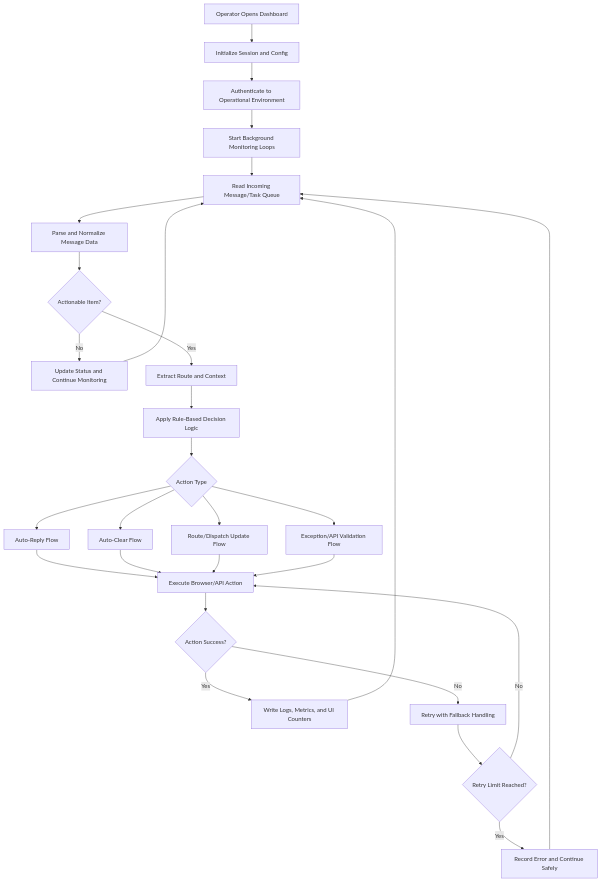
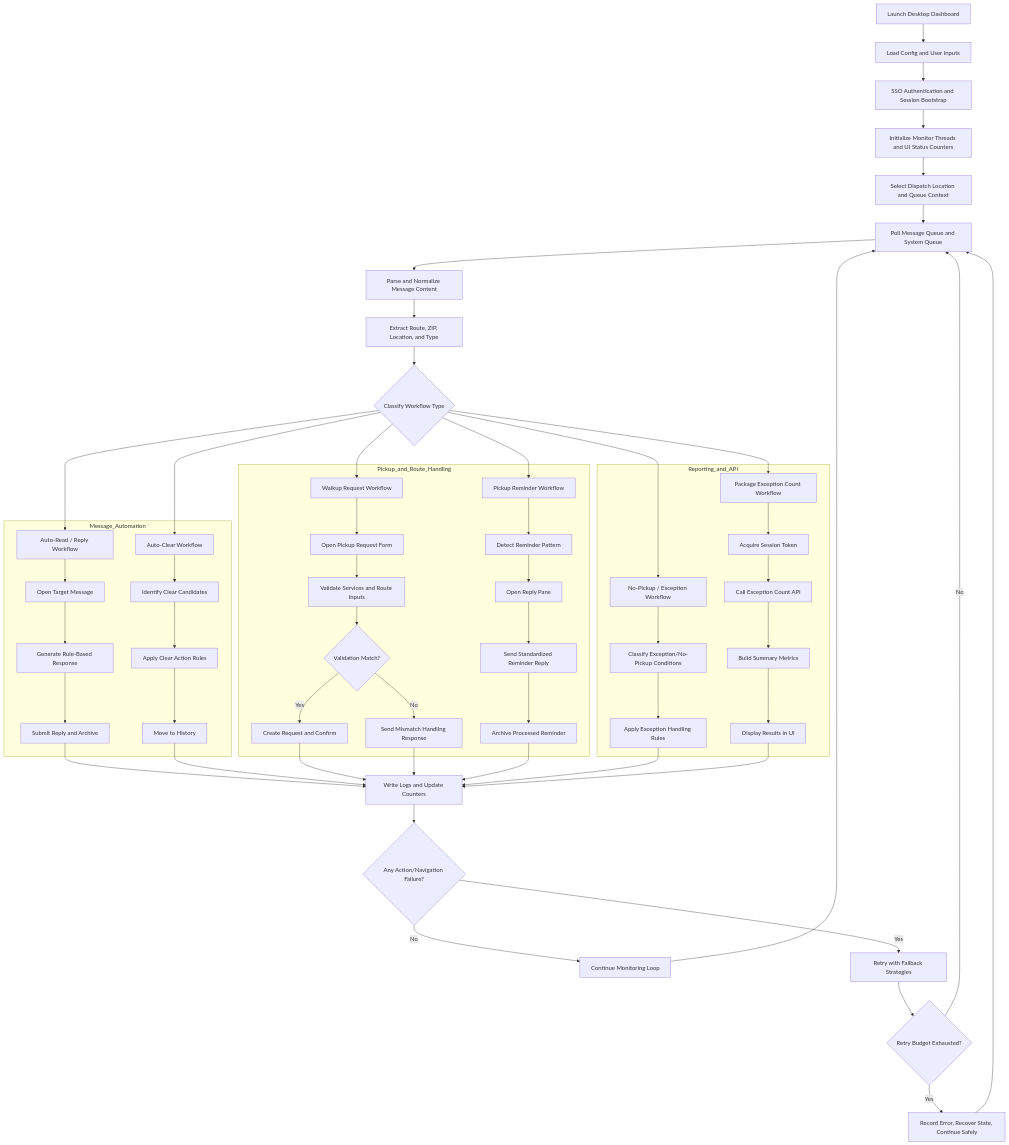
Before and after one commit to THESWLLC/ROUTR: the diagram in README.md, drawn with Mermaid.

Commit message:
Expand process flowchart to full capability map.
Replace the generic workflow diagram with a detailed end-to-end capability flow including message automation, pickup handling, API reporting, and retry/recovery paths.

Made-with: Cursor

````diff
--- a/README.md
+++ b/README.md
@@ -95,37 +95,70 @@
 ```mermaid
 flowchart TD
-    A[Operator Opens Dashboard] --> B[Initialize Session and Config]
-    B --> C[Authenticate to Operational Environment]
-    C --> D[Start Background Monitoring Loops]
+    A[Launch Desktop Dashboard] --> B[Load Config and User Inputs]
+    B --> C[SSO Authentication and Session Bootstrap]
+    C --> D[Initialize Monitor Threads and UI Status Counters]
 
-    D --> E[Read Incoming Message/Task Queue]
-    E --> F[Parse and Normalize Message Data]
-    F --> G{Actionable Item?}
+    D --> E[Select Dispatch Location and Queue Context]
+    E --> F[Poll Message Queue and System Queue]
+    F --> G[Parse and Normalize Message Content]
+    G --> H[Extract Route, ZIP, Location, and Type]
+    H --> I{Classify Workflow Type}
 
-    G -- No --> H[Update Status and Continue Monitoring]
-    H --> E
+    I --> J[Auto-Read / Reply Workflow]
+    I --> K[Auto-Clear Workflow]
+    I --> L[Walkup Request Workflow]
+    I --> M[Pickup Reminder Workflow]
+    I --> N[No-Pickup / Exception Workflow]
+    I --> O[Package Exception Count Workflow]
 
-    G -- Yes --> I[Extract Route and Context]
-    I --> J[Apply Rule-Based Decision Logic]
-    J --> K{Action Type}
+    subgraph Message_Automation
+      J --> J1[Open Target Message]
+      J1 --> J2[Generate Rule-Based Response]
+      J2 --> J3[Submit Reply and Archive]
 
-    K --> L[Auto-Reply Flow]
-    K --> M[Auto-Clear Flow]
-    K --> N[Route/Dispatch Update Flow]
-    K --> O[Exception/API Validation Flow]
+      K --> K1[Identify Clear Candidates]
+      K1 --> K2[Apply Clear Action Rules]
+      K2 --> K3[Move to History]
+    end
 
-    L --> P[Execute Browser/API Action]
-    M --> P
-    N --> P
-    O --> P
+    subgraph Pickup_and_Route_Handling
+      L --> L1[Open Pickup Request Form]
+      L1 --> L2[Validate Services and Route Inputs]
+      L2 --> L3{Validation Match?}
+      L3 -- Yes --> L4[Create Request and Confirm]
+      L3 -- No --> L5[Send Mismatch Handling Response]
 
-    P --> Q{Action Success?}
-    Q -- Yes --> R[Write Logs, Metrics, and UI Counters]
-    Q -- No --> S[Retry with Fallback Handling]
-    S --> T{Retry Limit Reached?}
-    T -- No --> P
-    T -- Yes --> U[Record Error and Continue Safely]
+      M --> M1[Detect Reminder Pattern]
+      M1 --> M2[Open Reply Pane]
+      M2 --> M3[Send Standardized Reminder Reply]
+      M3 --> M4[Archive Processed Reminder]
+    end
 
-    R --> E
-    U --> E
+    subgraph Reporting_and_API
+      N --> N1[Classify Exception/No-Pickup Conditions]
+      N1 --> N2[Apply Exception Handling Rules]
+
+      O --> O1[Acquire Session Token]
+      O1 --> O2[Call Exception Count API]
+      O2 --> O3[Build Summary Metrics]
+      O3 --> O4[Display Results in UI]
+    end
+
+    J3 --> P[Write Logs and Update Counters]
+    K3 --> P
+    L4 --> P
+    L5 --> P
+    M4 --> P
+    N2 --> P
+    O4 --> P
+
+    P --> Q{Any Action/Navigation Failure?}
+    Q -- No --> R[Continue Monitoring Loop]
+    Q -- Yes --> S[Retry with Fallback Strategies]
+    S --> T{Retry Budget Exhausted?}
+    T -- No --> F
+    T -- Yes --> U[Record Error, Recover State, Continue Safely]
+
+    R --> F
+    U --> F
 ```
````
